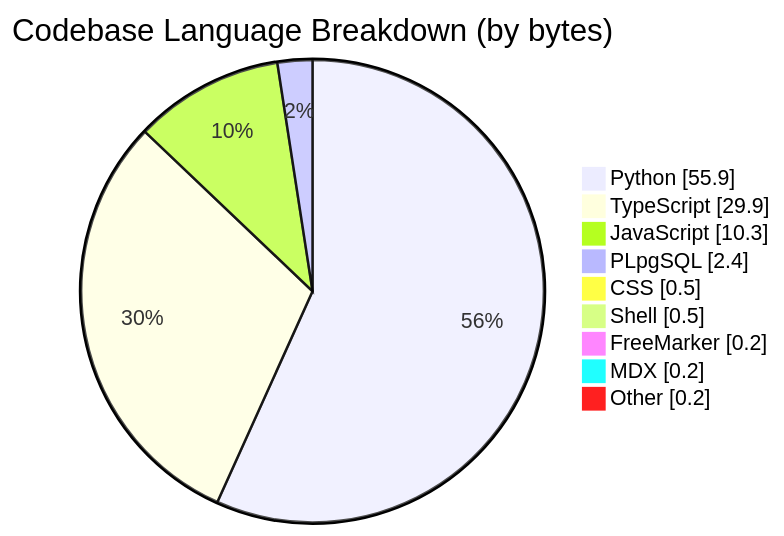
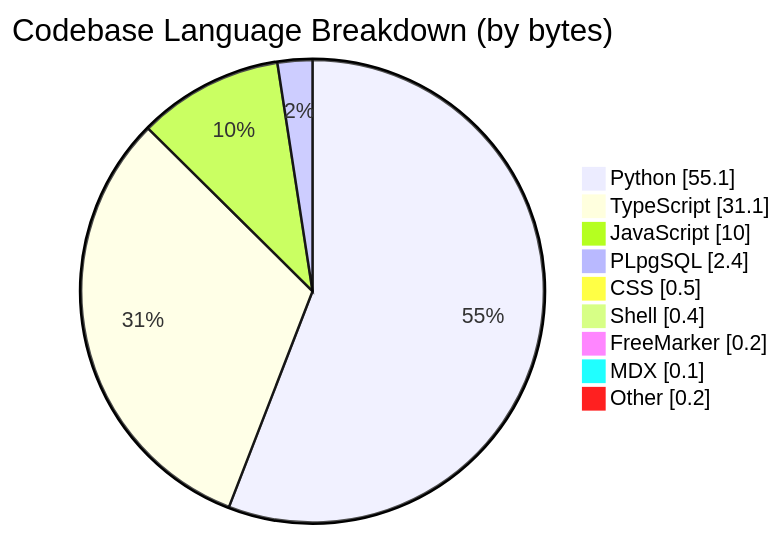
One commit to CSTH-Projects/.github changed the third of 4 diagrams in profile/README.md. Above: the diagram before and after it, drawn with Mermaid. The commit also changed other lines of this file, not shown here.

````diff
--- a/profile/README.md
+++ b/profile/README.md
@@ -63,13 +63,13 @@
 ```mermaid
 pie showData
     title Codebase Language Breakdown (by bytes)
-    "Python" : 55.9
-    "TypeScript" : 29.9
-    "JavaScript" : 10.3
+    "Python" : 55.1
+    "TypeScript" : 31.1
+    "JavaScript" : 10.0
     "PLpgSQL" : 2.4
     "CSS" : 0.5
-    "Shell" : 0.5
+    "Shell" : 0.4
     "FreeMarker" : 0.2
-    "MDX" : 0.2
+    "MDX" : 0.1
     "Other" : 0.2
 ```
````
